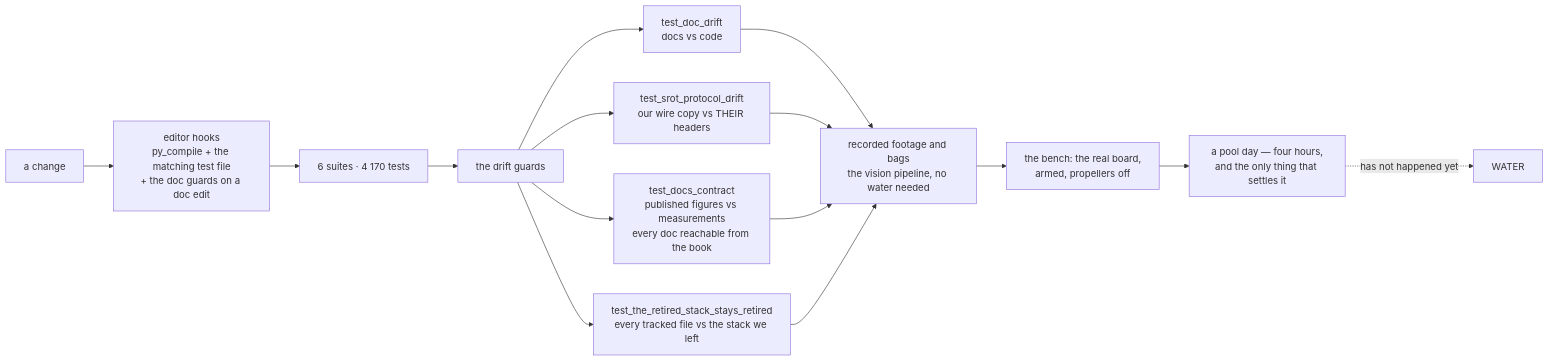
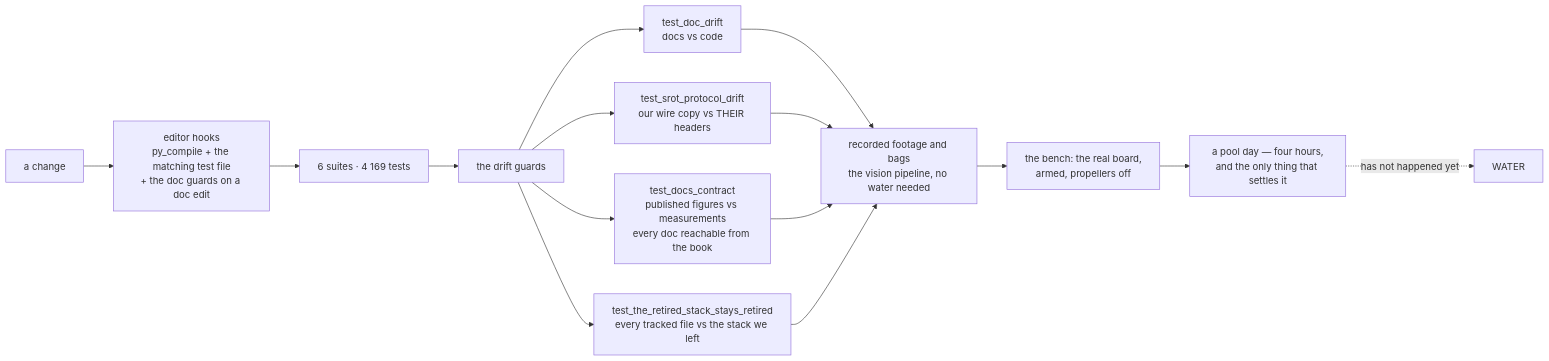
The ninth of 10 diagrams in README.md (fh1m/mongla_ws), drawn with Mermaid before and after one commit. The commit also changed other lines of this file and 27 other files, not shown here.

First line of the commit message:
refactor(flow): retire distance_estimation_node; flow_node carries B10

````diff
--- a/README.md
+++ b/README.md
@@ -806,17 +806,17 @@
 ```mermaid
 flowchart LR
     DEV["a change"] --> HOOK["editor hooks<br/>py_compile + the matching test file<br/>+ the doc guards on a doc edit"]
-    HOOK --> UNIT["6 suites · 4 170 tests"]
+    HOOK --> UNIT["6 suites · 4 169 tests"]
     UNIT --> GUARD["the drift guards"]
     GUARD --> G1["test_doc_drift<br/>docs vs code"]
     GUARD --> G2["test_srot_protocol_drift<br/>our wire copy vs THEIR headers"]
     GUARD --> G3["test_docs_contract<br/>published figures vs measurements<br/>every doc reachable from the book"]
     GUARD --> G4["test_the_retired_stack_stays_retired<br/>every tracked file vs the stack we left"]
     G1 --> REPLAY["recorded footage and bags<br/>the vision pipeline, no water needed"]
     G2 --> REPLAY
     G3 --> REPLAY
     G4 --> REPLAY
     REPLAY --> BENCH["the bench: the real board,<br/>armed, propellers off"]
     BENCH --> POOL["a pool day — four hours,<br/>and the only thing that settles it"]
     POOL -.->|"has not happened yet"| WATER["WATER"]
 ```
````
